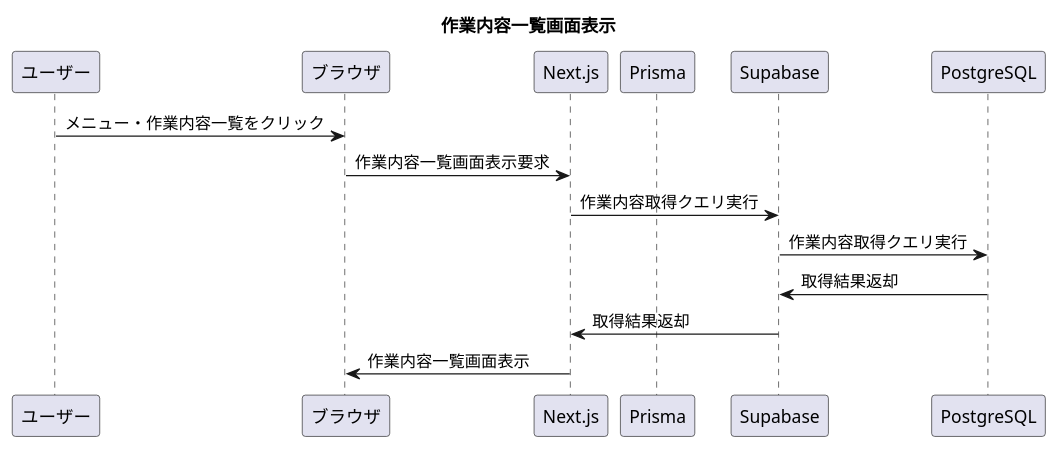
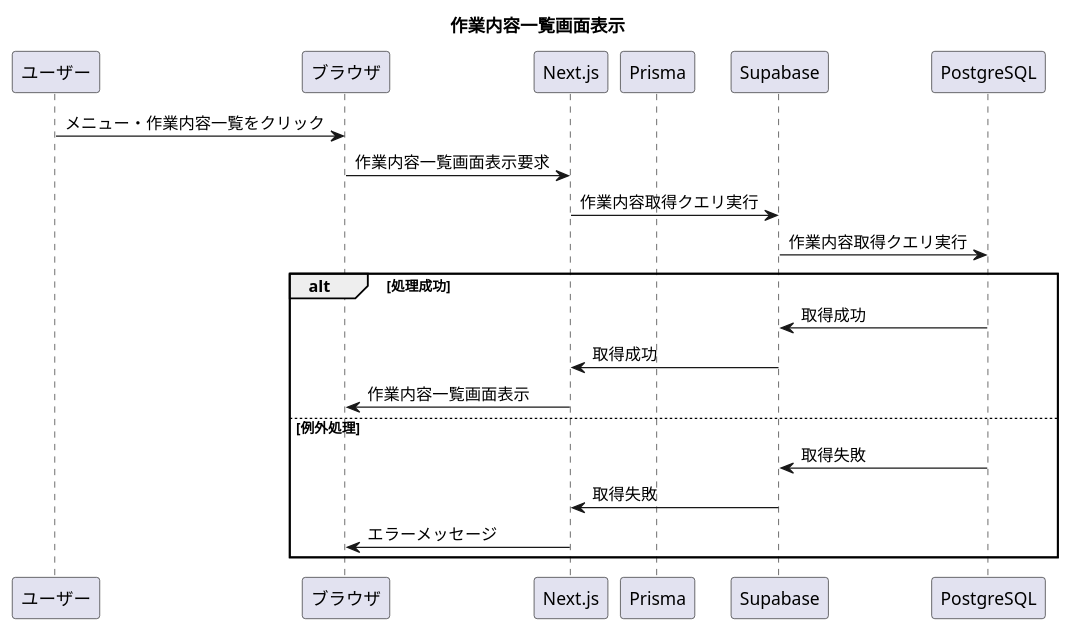
Before and after one commit to washogo/angerLogApp: the diagram in uml/pageCategory.pu, drawn with PlantUML. The commit also changed 33 other files, not shown here.

```diff
--- a/uml/pageCategory.pu
+++ b/uml/pageCategory.pu
@@ -1,18 +1,24 @@
-@startuml pageAngerLogDetail
+@startuml pageCategory
 title "作業内容一覧画面表示"
 participant ユーザー
 participant ブラウザ
 participant Next.js
 participant Prisma
 participant Supabase
 participant PostgreSQL
 
 ユーザー -> ブラウザ: メニュー・作業内容一覧をクリック
 ブラウザ -> Next.js: 作業内容一覧画面表示要求
 Next.js -> Supabase: 作業内容取得クエリ実行
 Supabase -> PostgreSQL: 作業内容取得クエリ実行
-PostgreSQL -> Supabase: 取得結果返却
-Supabase -> Next.js: 取得結果返却
-Next.js -> ブラウザ: 作業内容一覧画面表示
+alt 処理成功
+  PostgreSQL -> Supabase: 取得成功
+  Supabase -> Next.js: 取得成功
+  Next.js -> ブラウザ: 作業内容一覧画面表示
+else 例外処理
+  PostgreSQL -> Supabase: 取得失敗
+  Supabase -> Next.js: 取得失敗
+  Next.js -> ブラウザ: エラーメッセージ
+end
 
 @enduml
```
